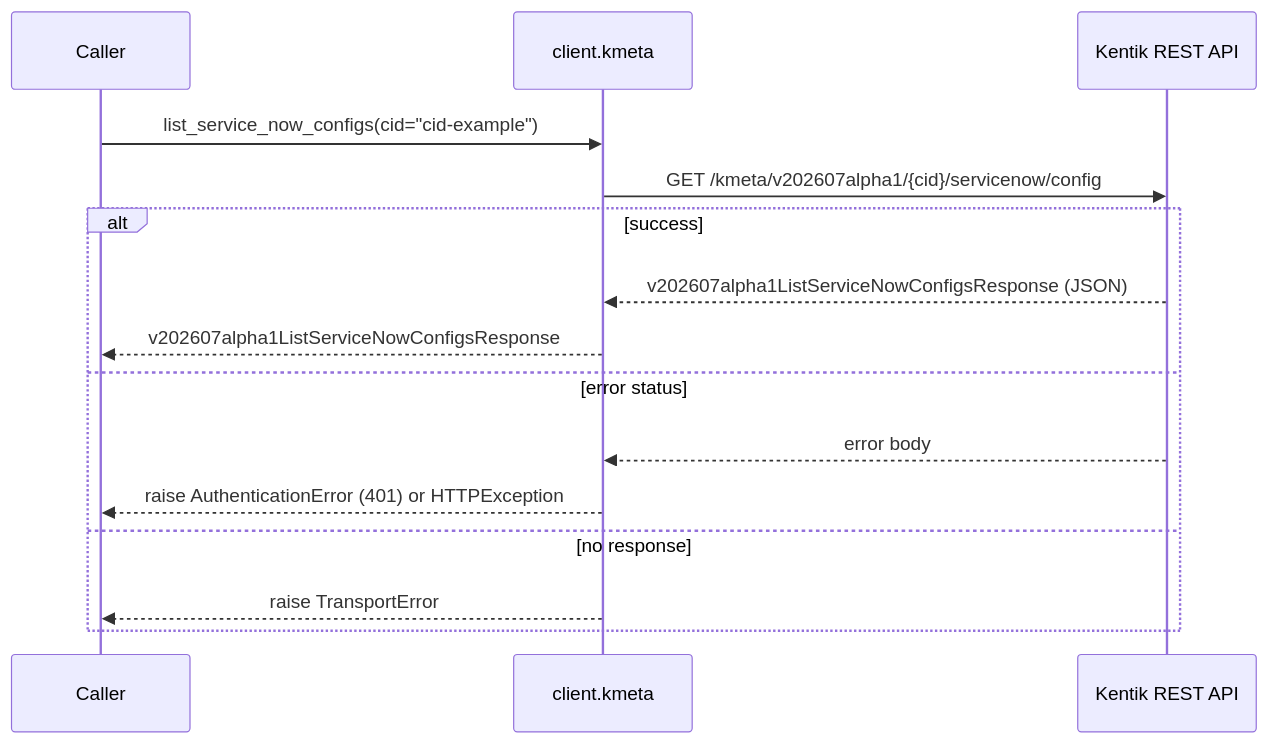
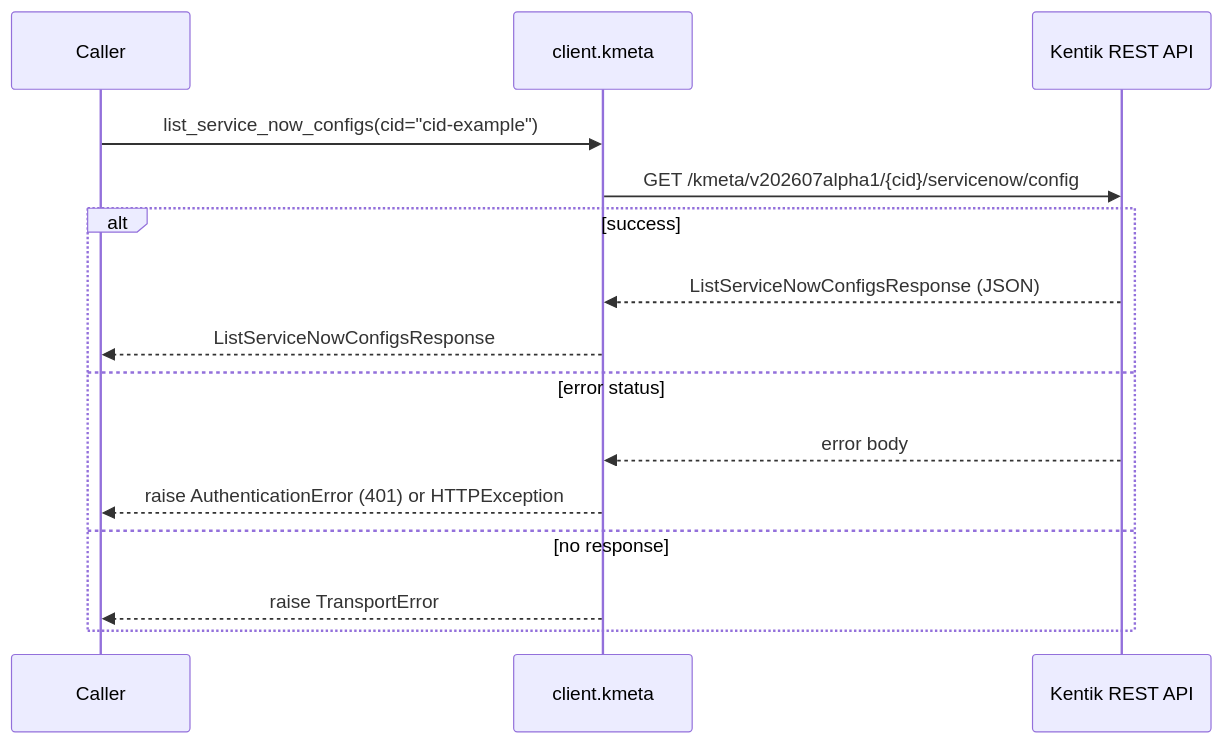
One commit to alexdearaujo/community_sdk_python changed the second of 12 diagrams in docs/sphinx/services/kmeta.md. Above: the diagram before and after it, drawn with Mermaid. The commit also changed other lines of this file and 38 other files, not shown here.

````diff
--- a/docs/sphinx/services/kmeta.md
+++ b/docs/sphinx/services/kmeta.md
@@ -38,18 +38,18 @@
 ```mermaid
 sequenceDiagram
     participant C as Caller
     participant W as client.kmeta
     participant API as Kentik REST API
 
     C->>W: list_service_now_configs(cid="cid-example")
     W->>API: GET /kmeta/v202607alpha1/{cid}/servicenow/config
     alt success
-        API-->>W: v202607alpha1ListServiceNowConfigsResponse (JSON)
-        W-->>C: v202607alpha1ListServiceNowConfigsResponse
+        API-->>W: ListServiceNowConfigsResponse (JSON)
+        W-->>C: ListServiceNowConfigsResponse
     else error status
         API-->>W: error body
         W-->>C: raise AuthenticationError (401) or HTTPException
     else no response
         W-->>C: raise TransportError
     end
 ```
````
